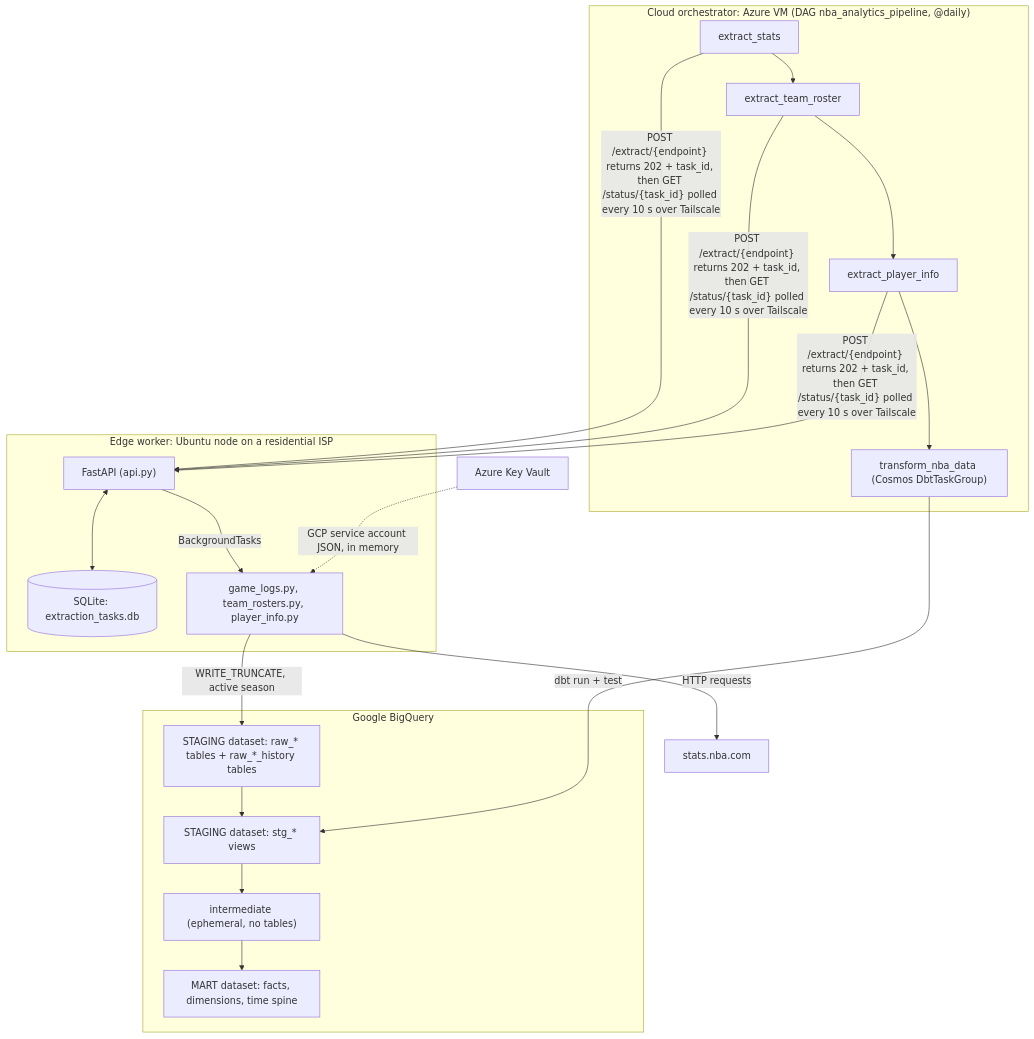
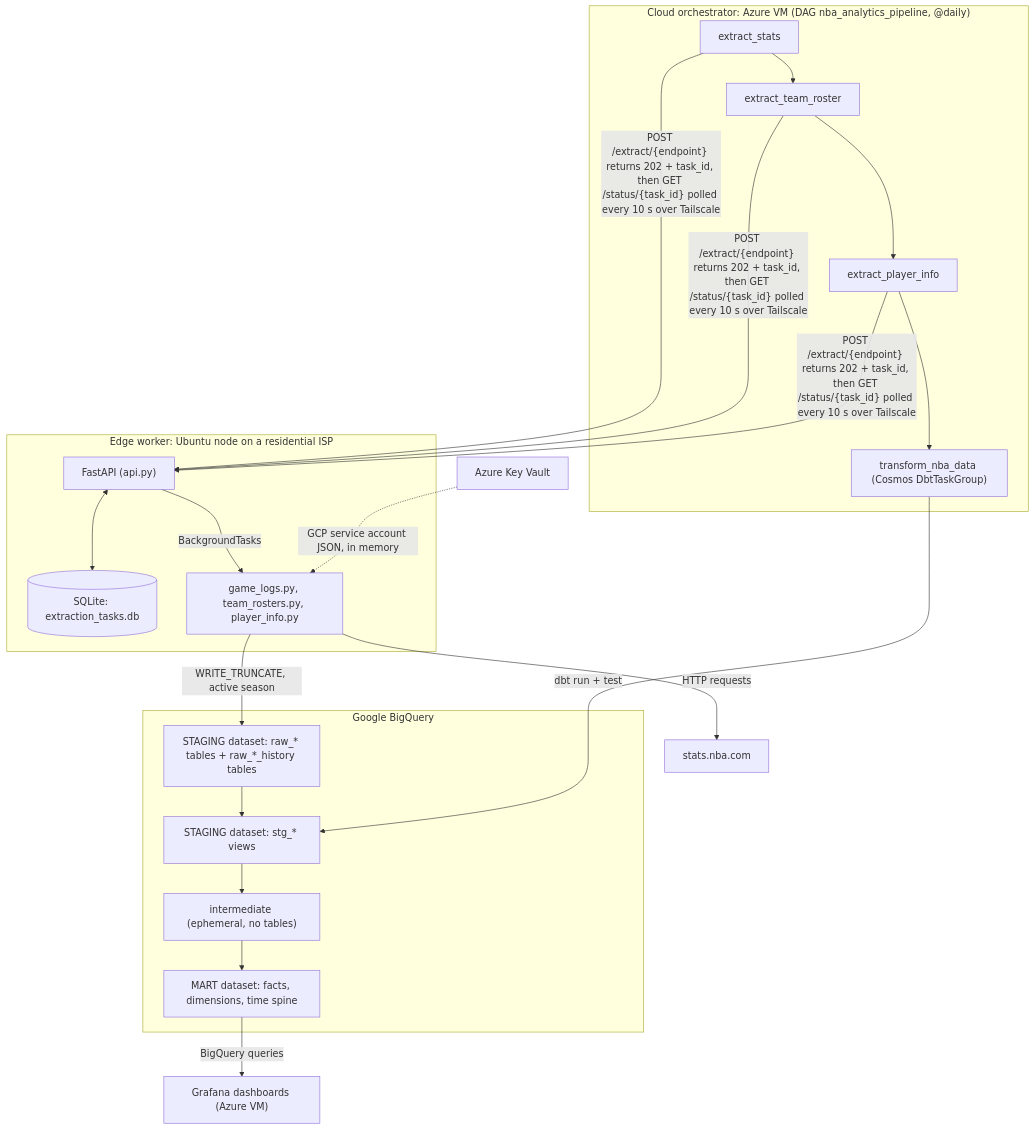
Before and after one commit to Cliffe16/NBA-Analytics-Pipeline: the first of 3 diagrams in README.md, drawn with Mermaid. The commit also changed other lines of this file and 1 other file, not shown here.

Commit message:
Update README with grafana config

````diff
--- a/README.md
+++ b/README.md
@@ -43,31 +47,33 @@
 ```mermaid
 flowchart TB
     subgraph CLOUD["Cloud orchestrator: Azure VM (DAG nba_analytics_pipeline, @daily)"]
         T1["extract_stats"] --> T2["extract_team_roster"] --> T3["extract_player_info"] --> T4["transform_nba_data (Cosmos DbtTaskGroup)"]
     end
  
     subgraph EDGE["Edge worker: Ubuntu node on a residential ISP"]
         API["FastAPI (api.py)"]
         DB[("SQLite: extraction_tasks.db")]
         EX["game_logs.py, team_rosters.py, player_info.py"]
         API <--> DB
         API -->|"BackgroundTasks"| EX
     end
  
     KV["Azure Key Vault"]
     NBA["stats.nba.com"]
  
     subgraph BQ["Google BigQuery"]
         RAW["STAGING dataset: raw_* tables + raw_*_history tables"]
         STG["STAGING dataset: stg_* views"]
         INT["intermediate (ephemeral, no tables)"]
         MART["MART dataset: facts, dimensions, time spine"]
         RAW --> STG --> INT --> MART
     end
  
     T1 & T2 & T3 -->|"POST /extract/{endpoint} returns 202 + task_id, then GET /status/{task_id} polled every 10 s over Tailscale"| API
     KV -.->|"GCP service account JSON, in memory"| EX
     EX -->|"HTTP requests"| NBA
     EX -->|"WRITE_TRUNCATE, active season"| RAW
     T4 -->|"dbt run + test"| STG
+    GRAF["Grafana dashboards (Azure VM)"]
+    MART -->|"BigQuery queries"| GRAF
 ```
````
